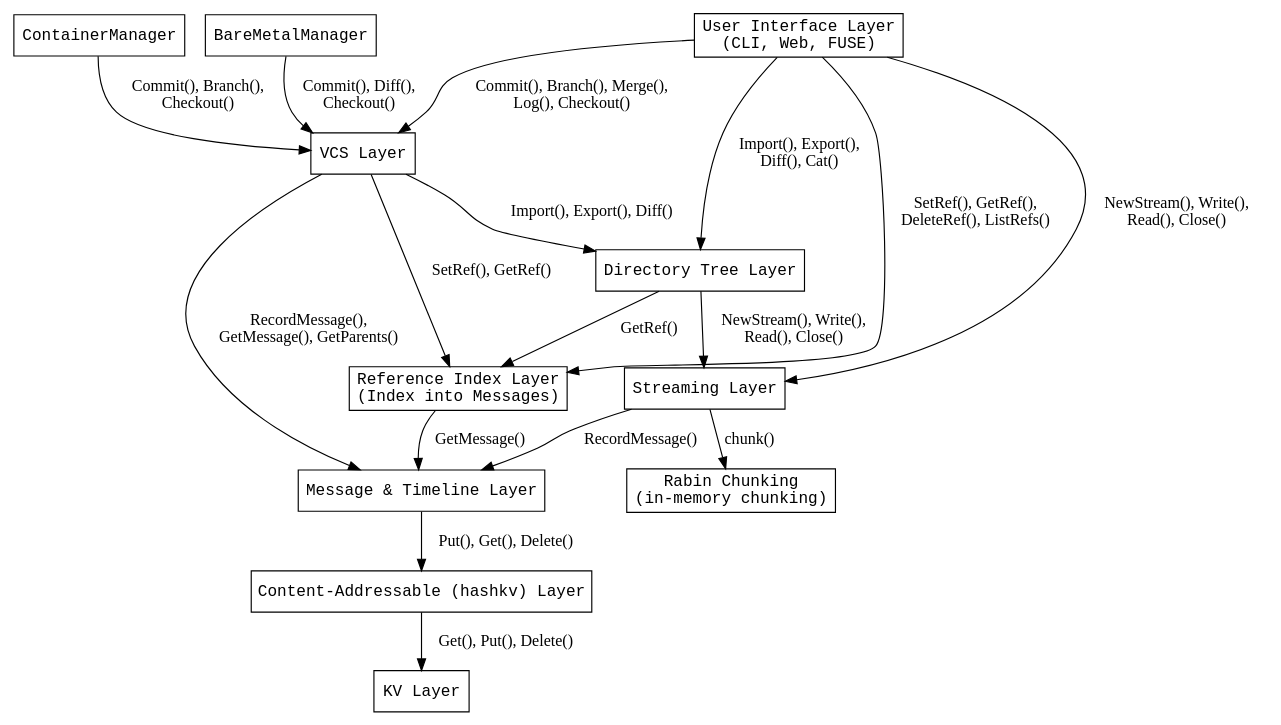
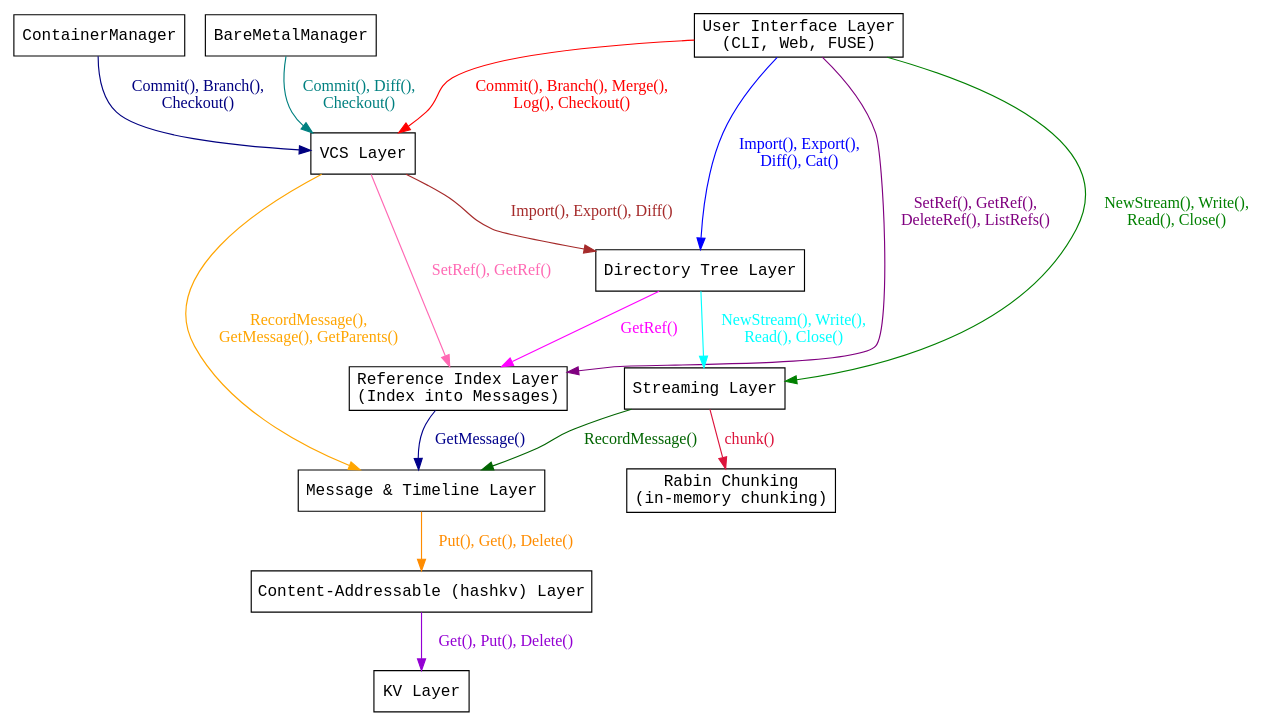
Before and after one commit to stevegt/promisebase: the diagram in x/layers.dot, drawn with Graphviz. The commit also changed other lines of this file and 1 other file, not shown here.

```diff
--- a/x/layers.dot
+++ b/x/layers.dot
@@ -1,47 +1,48 @@
 /* This graph illustrates the layered architecture for
 Promisebase with "everything's a message" call flow.
 Each node represents a module or layer and edges
-indicate call dependencies with labeled function signatures. */
+indicate call dependencies with labeled function signatures.
+Each edge uses a unique color for clarity. */
 digraph Layers {
   rankdir=TB;
   node [shape=box, style=filled, fillcolor=white,
     fontname="monospace"];
 
   UI [label="User Interface Layer\n(CLI, Web, FUSE)"];
   MsgTimeline [label="Message & Timeline Layer"];
   VCS [label="VCS Layer"];
   DirTree [label="Directory Tree Layer"];
   Stream [label="Streaming Layer"];
   Refs [label="Reference Index Layer\n(Index into Messages)"];
   HashKV [label="Content-Addressable (hashkv) Layer"];
   KV [label="KV Layer"];
   Rabin [label="Rabin Chunking\n(in-memory chunking)"];
 
   // New call flow: UI → [VCS, DirTree, Stream, Refs] → Message → HashKV → KV
-  UI -> VCS [label="Commit(), Branch(), Merge(),\nLog(), Checkout()"];
-  UI -> DirTree [label="Import(), Export(),\nDiff(), Cat()"];
-  UI -> Stream [label="NewStream(), Write(),\nRead(), Close()"];
-  UI -> Refs [label="SetRef(), GetRef(),\nDeleteRef(), ListRefs()"];
+  UI -> VCS [label="Commit(), Branch(), Merge(),\nLog(), Checkout()", color=red, fontcolor=red];
+  UI -> DirTree [label="Import(), Export(),\nDiff(), Cat()", color=blue, fontcolor=blue];
+  UI -> Stream [label="NewStream(), Write(),\nRead(), Close()", color=green, fontcolor=green];
+  UI -> Refs [label="SetRef(), GetRef(),\nDeleteRef(), ListRefs()", color=purple, fontcolor=purple];
   
-  VCS -> MsgTimeline [label="RecordMessage(),\nGetMessage(), GetParents()"];
-  VCS -> DirTree [label="Import(), Export(), Diff()"];
-  VCS -> Refs [label="SetRef(), GetRef()"];
+  VCS -> MsgTimeline [label="RecordMessage(),\nGetMessage(), GetParents()", color=orange, fontcolor=orange];
+  VCS -> DirTree [label="Import(), Export(), Diff()", color=brown, fontcolor=brown];
+  VCS -> Refs [label="SetRef(), GetRef()", color=hotpink, fontcolor=hotpink];
   
-  DirTree -> Stream [label="NewStream(), Write(),\nRead(), Close()"];
-  DirTree -> Refs [label="GetRef()"];
+  DirTree -> Stream [label="NewStream(), Write(),\nRead(), Close()", color=cyan, fontcolor=cyan];
+  DirTree -> Refs [label="GetRef()", color=magenta, fontcolor=magenta];
   
-  Stream -> MsgTimeline [label="RecordMessage()"];
-  Refs -> MsgTimeline [label="GetMessage()"];
+  Stream -> MsgTimeline [label="RecordMessage()", color=darkgreen, fontcolor=darkgreen];
+  Refs -> MsgTimeline [label="GetMessage()", color=darkblue, fontcolor=darkblue];
   
-  MsgTimeline -> HashKV [label="Put(), Get(), Delete()"];
-  HashKV -> KV [label="Get(), Put(), Delete()"];
+  MsgTimeline -> HashKV [label="Put(), Get(), Delete()", color=darkorange, fontcolor=darkorange];
+  HashKV -> KV [label="Get(), Put(), Delete()", color=darkviolet, fontcolor=darkviolet];
   
   // Stream uses Rabin for chunking
-  Stream -> Rabin [label="chunk()"];
+  Stream -> Rabin [label="chunk()", color=crimson, fontcolor=crimson];
 
   // ContainerManager is a k8s replacement
-  ContainerManager -> VCS [label="Commit(), Branch(),\nCheckout()"];
+  ContainerManager -> VCS [label="Commit(), Branch(),\nCheckout()", color=navy, fontcolor=navy];
 
   // BareMetalManager is a replacement for legacy DevOps tools
-  BareMetalManager -> VCS [label="Commit(), Diff(),\nCheckout()"];
+  BareMetalManager -> VCS [label="Commit(), Diff(),\nCheckout()", color=teal, fontcolor=teal];
 }
```
